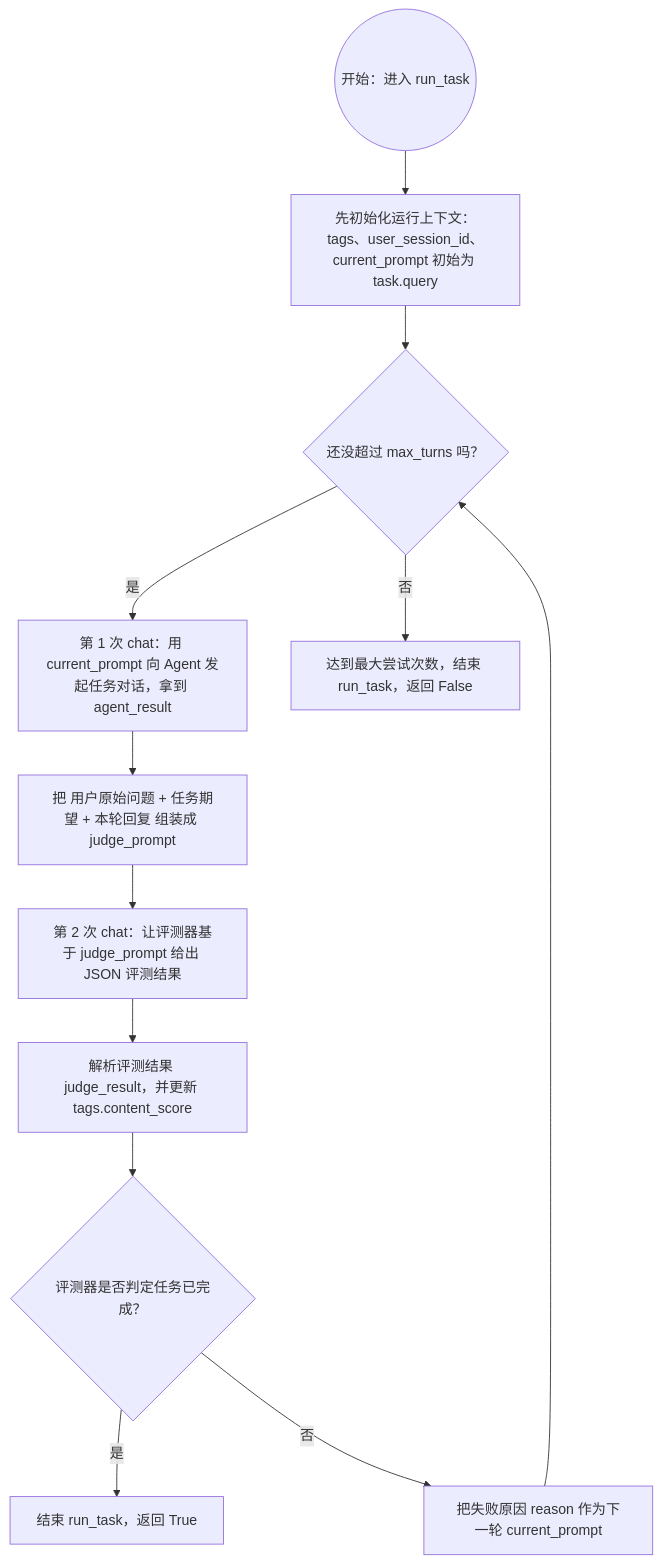
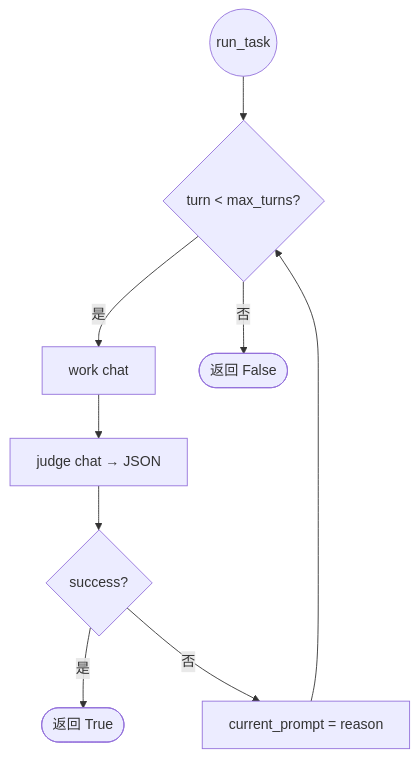
One commit to FeiZhuNiU-INFJA/LIFT changed the diagram in README.md. Above: the diagram before and after it, drawn with Mermaid. The commit also changed other lines of this file and 1 other file, not shown here.

````diff
--- a/README.md
+++ b/README.md
@@ -234,14 +157,11 @@
 ```mermaid
 flowchart TD
-    A((开始：进入 run_task)) --> A1[先初始化运行上下文：tags、user_session_id、current_prompt 初始为 task.query]
-    A1 --> B{还没超过 max_turns 吗？}
-    B -->|是| C[第 1 次 chat：用 current_prompt 向 Agent 发起任务对话，拿到 agent_result]
-    C --> D[把 用户原始问题 + 任务期望 + 本轮回复 组装成 judge_prompt]
-    D --> E[第 2 次 chat：让评测器基于 judge_prompt 给出 JSON 评测结果]
-    E --> F[解析评测结果 judge_result，并更新 tags.content_score]
-    F --> H{评测器是否判定任务已完成？}
-    H -->|是| K[结束 run_task，返回 True]
-    H -->|否| L[把失败原因 reason 作为下一轮 current_prompt]
-    L --> B
-    B -->|否| O[达到最大尝试次数，结束 run_task，返回 False]
+    A((run_task)) --> B{turn < max_turns?}
+    B -->|是| C[work chat]
+    C --> D[judge chat → JSON]
+    D --> E{success?}
+    E -->|是| F([返回 True])
+    E -->|否| G[current_prompt = reason]
+    G --> B
+    B -->|否| H([返回 False])
 ```
````
